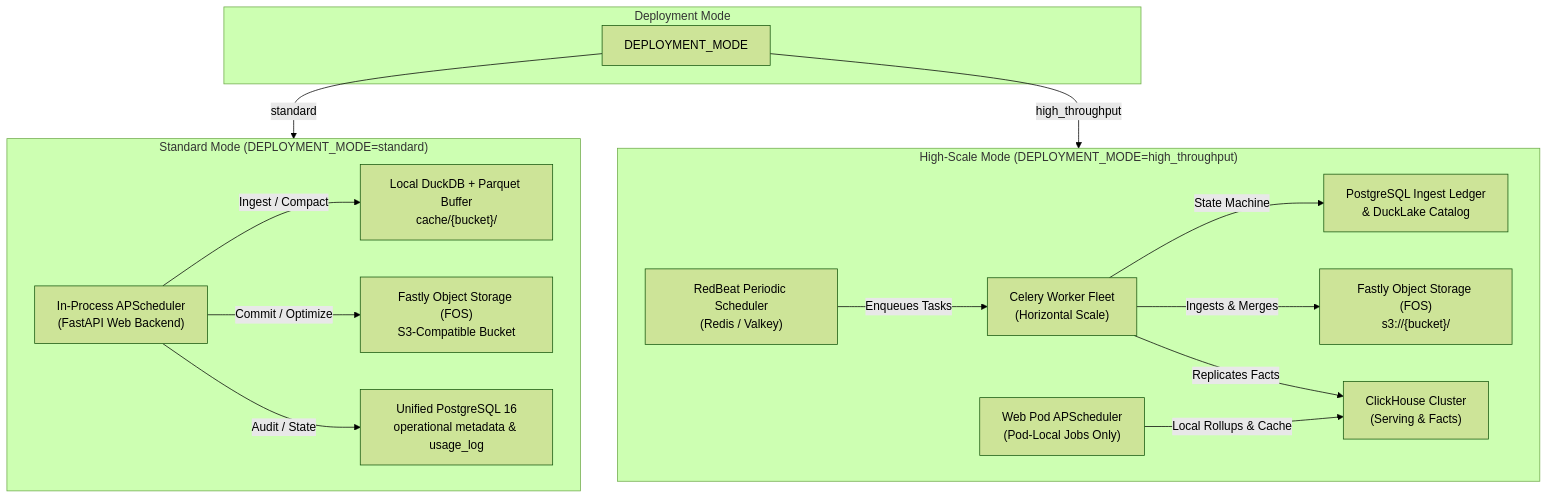
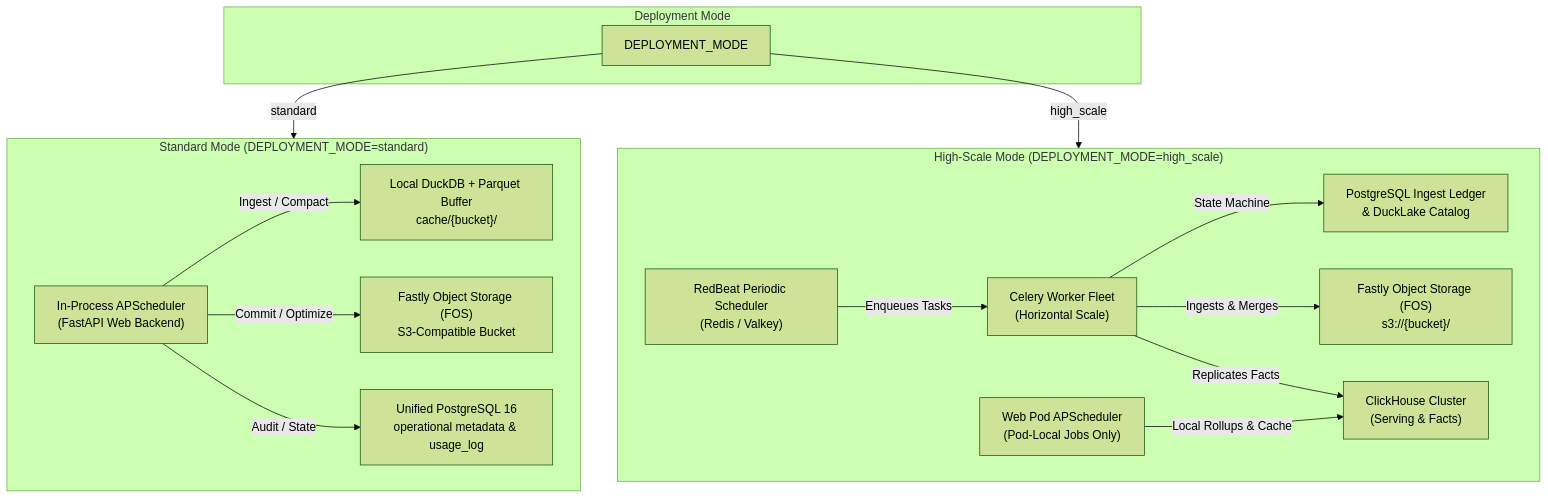
One commit to fastly/fastly-log-analytics changed the diagram in docs/cron/README.md. Above: the diagram before and after it, drawn with Mermaid (forest theme). The commit also changed other lines of this file and 124 other files, not shown here.

Commit message:
feat(topology): eliminate high_throughput mode in favor of standard and high_scale

````diff
--- a/docs/cron/README.md
+++ b/docs/cron/README.md
@@ -41,35 +41,35 @@
 ```mermaid
 flowchart TD
     subgraph ModeSelection["Deployment Mode"]
         Mode["DEPLOYMENT_MODE"]
     end
 
     subgraph StandardMode["Standard Mode (DEPLOYMENT_MODE=standard)"]
         APStd["In-Process APScheduler<br/>(FastAPI Web Backend)"]
         DuckDBStd["Local DuckDB + Parquet Buffer<br/>cache/{bucket}/"]
         FOSStd["Fastly Object Storage (FOS)<br/>S3-Compatible Bucket"]
         PostgresStd["Unified PostgreSQL 16<br/>operational metadata & usage_log"]
 
         APStd -->|Ingest / Compact| DuckDBStd
         APStd -->|Commit / Optimize| FOSStd
         APStd -->|Audit / State| PostgresStd
     end
 
-    subgraph HighScaleMode["High-Scale Mode (DEPLOYMENT_MODE=high_throughput)"]
+    subgraph HighScaleMode["High-Scale Mode (DEPLOYMENT_MODE=high_scale)"]
         RedBeat["RedBeat Periodic Scheduler<br/>(Redis / Valkey)"]
         CeleryFleet["Celery Worker Fleet<br/>(Horizontal Scale)"]
         WebAPScheduler["Web Pod APScheduler<br/>(Pod-Local Jobs Only)"]
         PGLedger["PostgreSQL Ingest Ledger<br/>& DuckLake Catalog"]
         CHCluster["ClickHouse Cluster<br/>(Serving & Facts)"]
         FOSCloud["Fastly Object Storage (FOS)<br/>s3://{bucket}/"]
 
         RedBeat -->|Enqueues Tasks| CeleryFleet
         CeleryFleet -->|State Machine| PGLedger
         CeleryFleet -->|Ingests & Merges| FOSCloud
         CeleryFleet -->|Replicates Facts| CHCluster
         WebAPScheduler -->|Local Rollups & Cache| CHCluster
     end
 
     Mode -->|standard| StandardMode
-    Mode -->|high_throughput| HighScaleMode
+    Mode -->|high_scale| HighScaleMode
 ```
````
